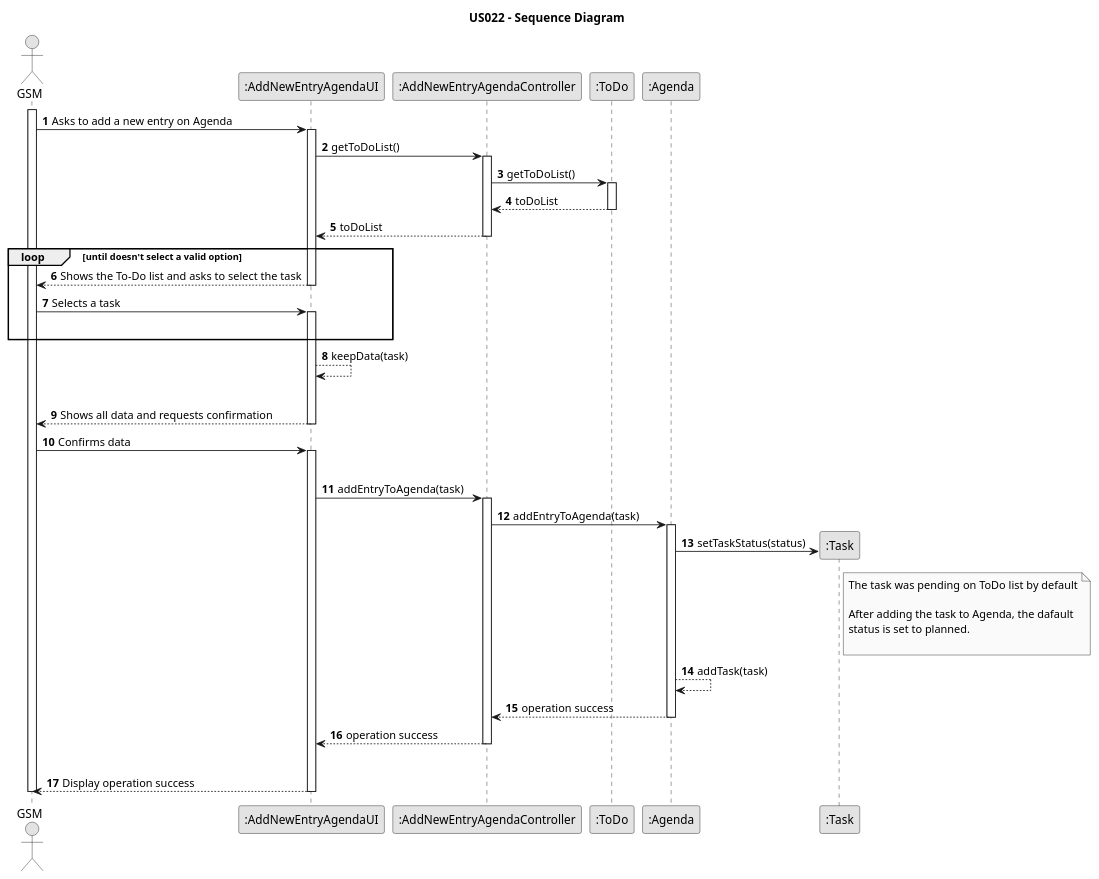
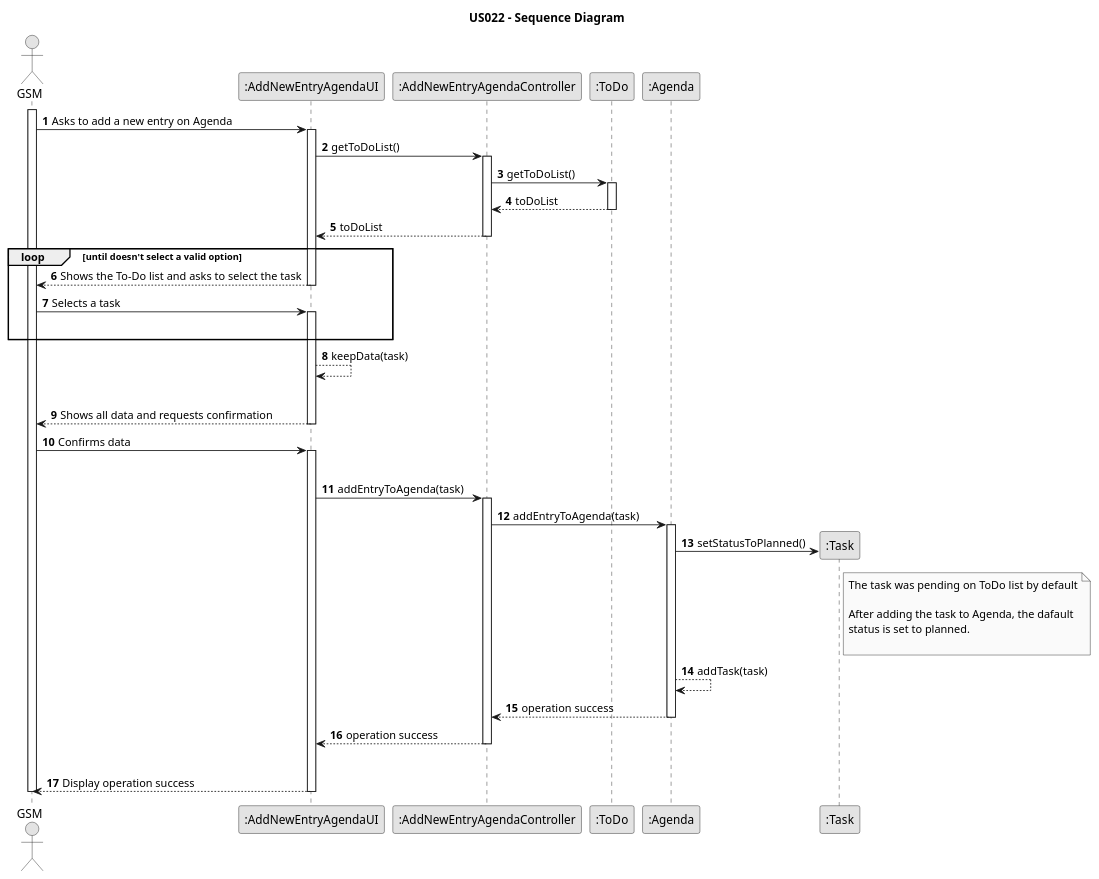
Before and after one commit to Rui-San/LAPR2_2023_2024: the diagram in docs/sprintC/us022/03.design/puml/us022-sequence-diagram.puml, drawn with PlantUML. The commit also changed 18 other files, not shown here.

Commit message:
US025: Created System Sequence for this US and deleted template files. Also created US025 domain model

```diff
--- a/docs/sprintC/us022/03.design/puml/us022-sequence-diagram.puml
+++ b/docs/sprintC/us022/03.design/puml/us022-sequence-diagram.puml
@@ -1,97 +1,97 @@
 @startuml
 skinparam monochrome true
 skinparam packageStyle rectangle
 skinparam shadowing false
 
 title US022 - Sequence Diagram
 
 autonumber
 
 actor "GSM" as GSM
 participant ":AddNewEntryAgendaUI" as UI
 participant ":AddNewEntryAgendaController" as CTRL
 participant ":ToDo" as ToDo
 participant ":Agenda" as Agenda
 participant ":Task" as Task
 
 activate GSM
 
     GSM -> UI : Asks to add a new entry on Agenda
     activate UI
 
         UI -> CTRL : getToDoList()
     activate CTRL
 
         CTRL -> ToDo : getToDoList()
         activate ToDo
 
             ToDo --> CTRL : toDoList
         deactivate ToDo
 
         CTRL --> UI : toDoList
     deactivate CTRL
 
         loop until doesn't select a valid option
         UI --> GSM : Shows the To-Do list and asks to select the task
     deactivate UI
 
     GSM -> UI : Selects a task
     activate UI
         |||
         end
 
         UI --> UI : keepData(task)
         |||
 
         UI --> GSM : Shows all data and requests confirmation
     deactivate UI
 
     GSM -> UI: Confirms data
 
     activate UI
         |||
         UI -> CTRL : addEntryToAgenda(task)
 
         activate CTRL
 
             CTRL -> Agenda : addEntryToAgenda(task)
 
             activate Agenda
 
-                Agenda -> Task** : setTaskStatus(status)
+                Agenda -> Task** : setStatusToPlanned()
 
                 note right of Task
                     The task was pending on ToDo list by default
 
                     After adding the task to Agenda, the dafault
                     status is set to planned.
 
                 end note
 
                 Agenda --> Agenda : addTask(task)
                 Agenda --> CTRL : operation success
 
 
 
             deactivate Agenda
 
 
 
             CTRL --> UI : operation success
         deactivate CTRL
 
         |||
         UI --> GSM : Display operation success
 
 
     deactivate UI
 
 
 
 
 
 
 deactivate GSM
 
 
 @enduml
```
